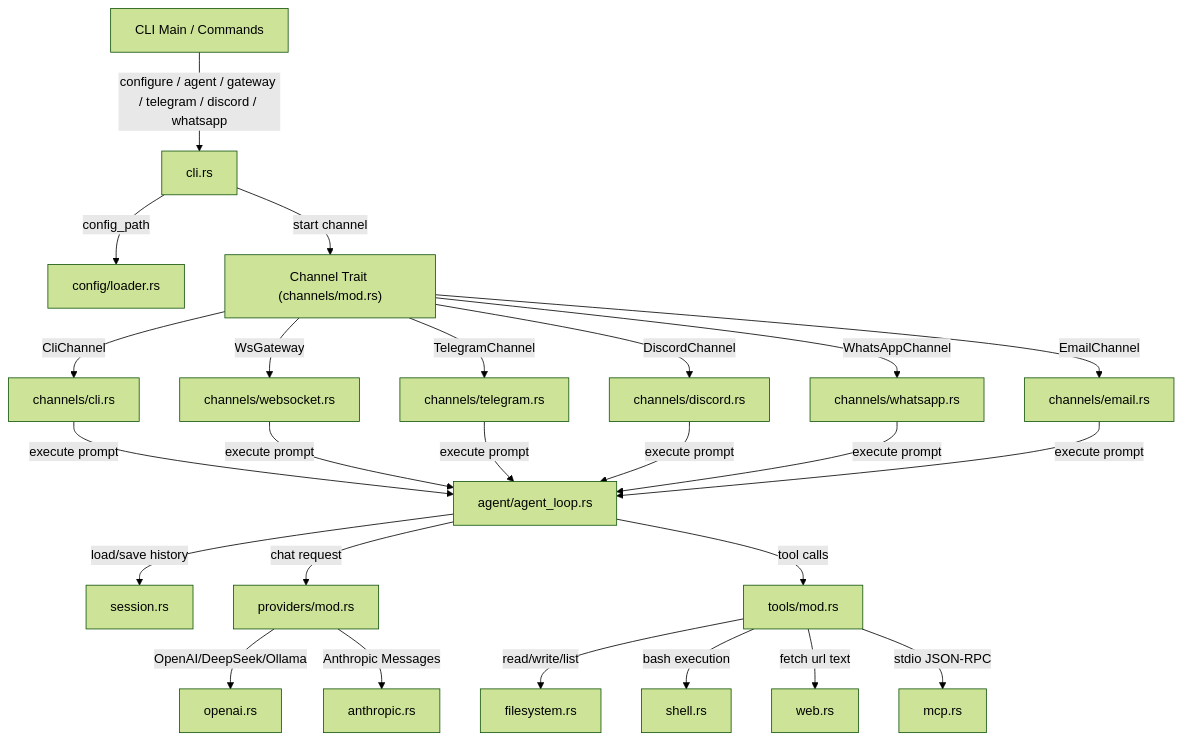
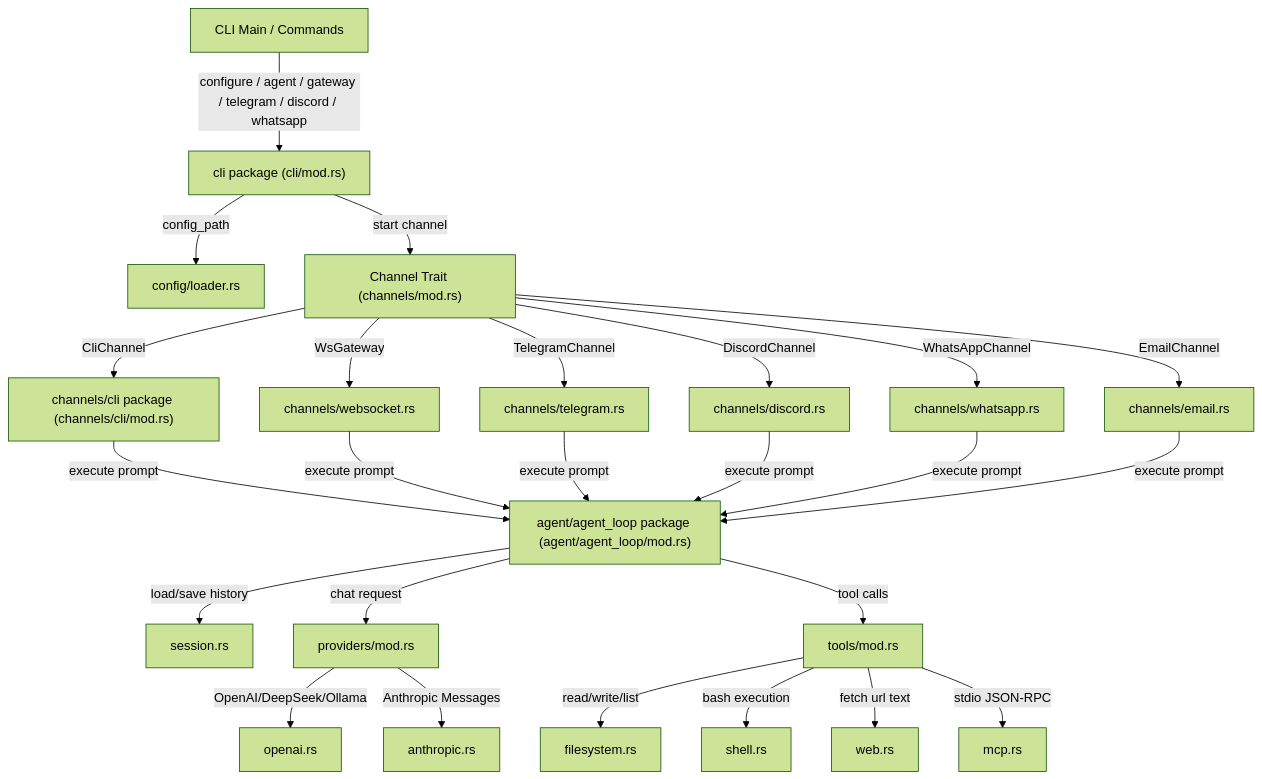
The diagram in docs/architecture.md (aswin402/openz-rs), drawn with Mermaid (forest theme) before and after one commit. The commit also changed other lines of this file and 8 other files, not shown here.

````diff
--- a/docs/architecture.md
+++ b/docs/architecture.md
@@ -13,27 +13,27 @@
 ```mermaid
 graph TD
-    CLI[CLI Main / Commands] --> |configure / agent / gateway / telegram / discord / whatsapp| CLI_RUN[cli.rs]
+    CLI[CLI Main / Commands] --> |configure / agent / gateway / telegram / discord / whatsapp| CLI_RUN["cli package (cli/mod.rs)"]
     CLI_RUN --> |config_path| CONF[config/loader.rs]
     CLI_RUN --> |start channel| TRAIT["Channel Trait (channels/mod.rs)"]
     
-    TRAIT --> |CliChannel| CLI_CHAN[channels/cli.rs]
+    TRAIT --> |CliChannel| CLI_CHAN["channels/cli package (channels/cli/mod.rs)"]
     TRAIT --> |WsGateway| WS_CHAN[channels/websocket.rs]
     TRAIT --> |TelegramChannel| TG_CHAN[channels/telegram.rs]
     TRAIT --> |DiscordChannel| DC_CHAN[channels/discord.rs]
     TRAIT --> |WhatsAppChannel| WA_CHAN[channels/whatsapp.rs]
     TRAIT --> |EmailChannel| EM_CHAN[channels/email.rs]
-
-    CLI_CHAN & WS_CHAN & TG_CHAN & DC_CHAN & WA_CHAN & EM_CHAN --> |execute prompt| LOOP[agent/agent_loop.rs]
+ 
+    CLI_CHAN & WS_CHAN & TG_CHAN & DC_CHAN & WA_CHAN & EM_CHAN --> |execute prompt| LOOP["agent/agent_loop package (agent/agent_loop/mod.rs)"]
     
     LOOP --> |load/save history| SESS[session.rs]
     LOOP --> |chat request| PROV[providers/mod.rs]
     LOOP --> |tool calls| TOOLS[tools/mod.rs]
     
     PROV --> |OpenAI/DeepSeek/Ollama| openai.rs
     PROV --> |Anthropic Messages| anthropic.rs
     
     TOOLS --> |read/write/list| filesystem.rs
     TOOLS --> |bash execution| shell.rs
     TOOLS --> |fetch url text| web.rs
     TOOLS --> |stdio JSON-RPC| mcp.rs
 ```
````
